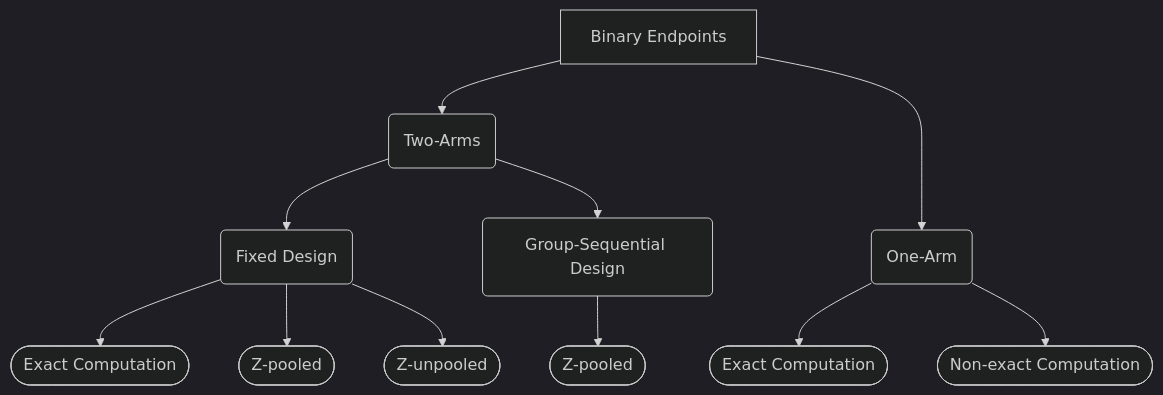
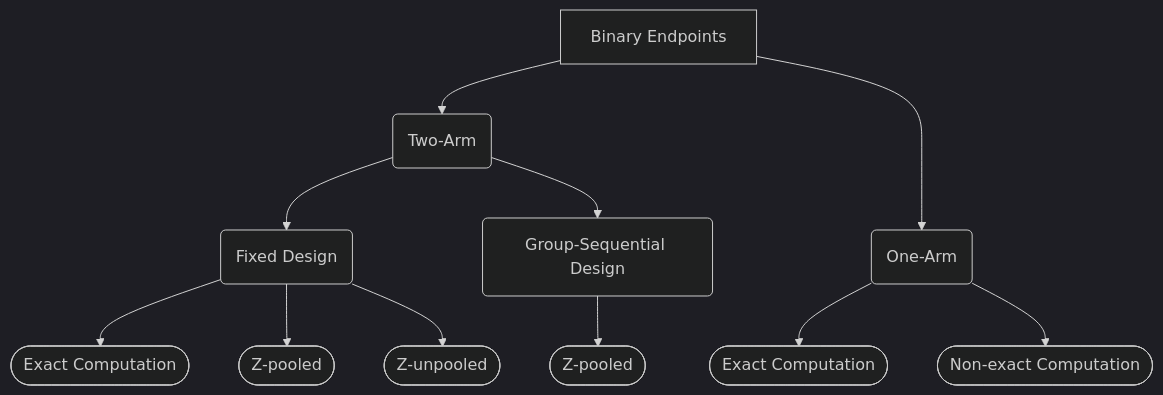
The second of 2 diagrams in bin/binary-endpoints.qmd (Oncostat/sample-size-comparison), drawn with Mermaid before and after one commit. The commit also changed other lines of this file and 14 other files, not shown here.

````diff
--- a/bin/binary-endpoints.qmd
+++ b/bin/binary-endpoints.qmd
@@ -26,17 +26,17 @@
 ```{mermaid}
 ---
 config:
   theme: dark
 ---
 flowchart TB
-  AB[Binary Endpoints] --> ABA(Two-Arms)
+  AB[Binary Endpoints] --> ABA(Two-Arm)
     ABA --> ABAA(Fixed Design)
       ABAA --> ABAAA([Exact Computation])
       ABAA --> ABAAB([Z-pooled])
       ABAA --> ABAAC([Z-unpooled])
     ABA --> ABAB(Group-Sequential Design)
       ABAB --> ABABA([Z-pooled])
   AB ---> ABB(One-Arm)
     ABB --> ABBA([Exact Computation])
     ABB --> ABBB([Non-exact Computation])
 ```
````
